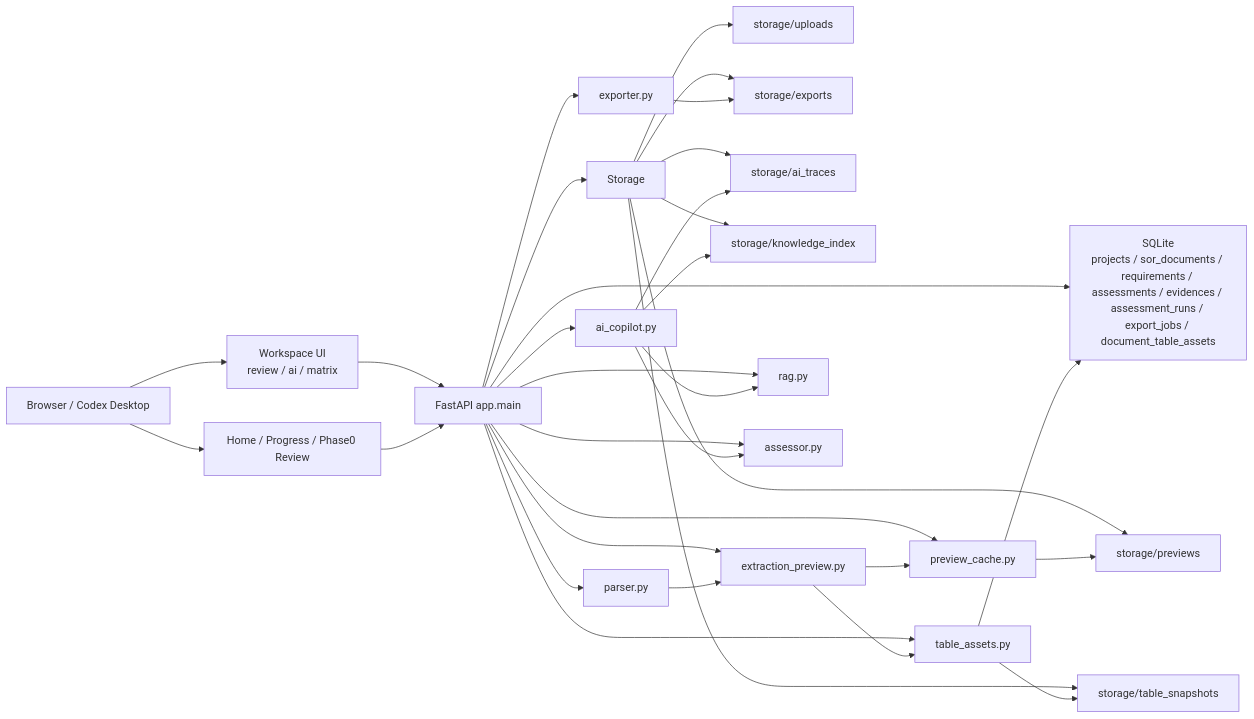
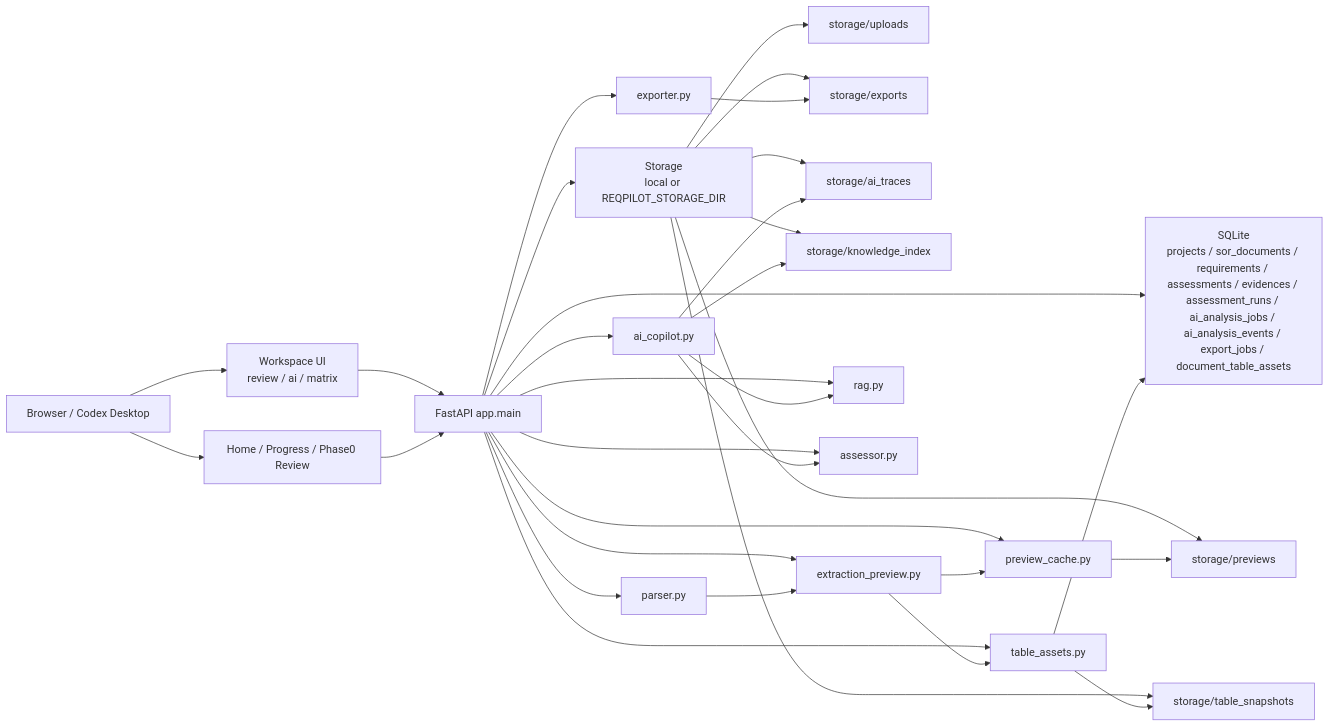
One commit to LiuChang0225/ReqPilotX changed the diagram in docs/项目.md. Above: the diagram before and after it, drawn with Mermaid. The commit also changed other lines of this file and 31 other files, not shown here.

````diff
--- a/docs/项目.md
+++ b/docs/项目.md
@@ -72,39 +85,39 @@
 ```mermaid
 flowchart LR
     U["Browser / Codex Desktop"] --> W["Workspace UI<br/>review / ai / matrix"]
     U --> H["Home / Progress / Phase0 Review"]
 
     W --> API["FastAPI app.main"]
     H --> API
 
-    API --> DB["SQLite<br/>projects / sor_documents / requirements / assessments / evidences / assessment_runs / export_jobs / document_table_assets"]
-    API --> FS["Storage"]
+    API --> DB["SQLite<br/>projects / sor_documents / requirements / assessments / evidences / assessment_runs / ai_analysis_jobs / ai_analysis_events / export_jobs / document_table_assets"]
+    API --> FS["Storage<br/>local or REQPILOT_STORAGE_DIR"]
 
     FS --> UP["storage/uploads"]
     FS --> PV["storage/previews"]
     FS --> TS["storage/table_snapshots"]
     FS --> EX["storage/exports"]
     FS --> TR["storage/ai_traces"]
     FS --> KI["storage/knowledge_index"]
 
     API --> PARSE["parser.py"]
     API --> PREV["extraction_preview.py"]
     API --> PC["preview_cache.py"]
     API --> TA["table_assets.py"]
     API --> AIC["ai_copilot.py"]
     API --> RAG["rag.py"]
     API --> ASS["assessor.py"]
     API --> EXP["exporter.py"]
 
     PARSE --> PREV
     PREV --> TA
     PREV --> PC
     TA --> DB
     TA --> TS
     PC --> PV
     AIC --> RAG
     AIC --> ASS
     AIC --> TR
     AIC --> KI
     EXP --> EX
 ```
````
